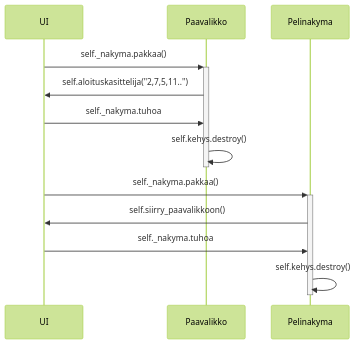
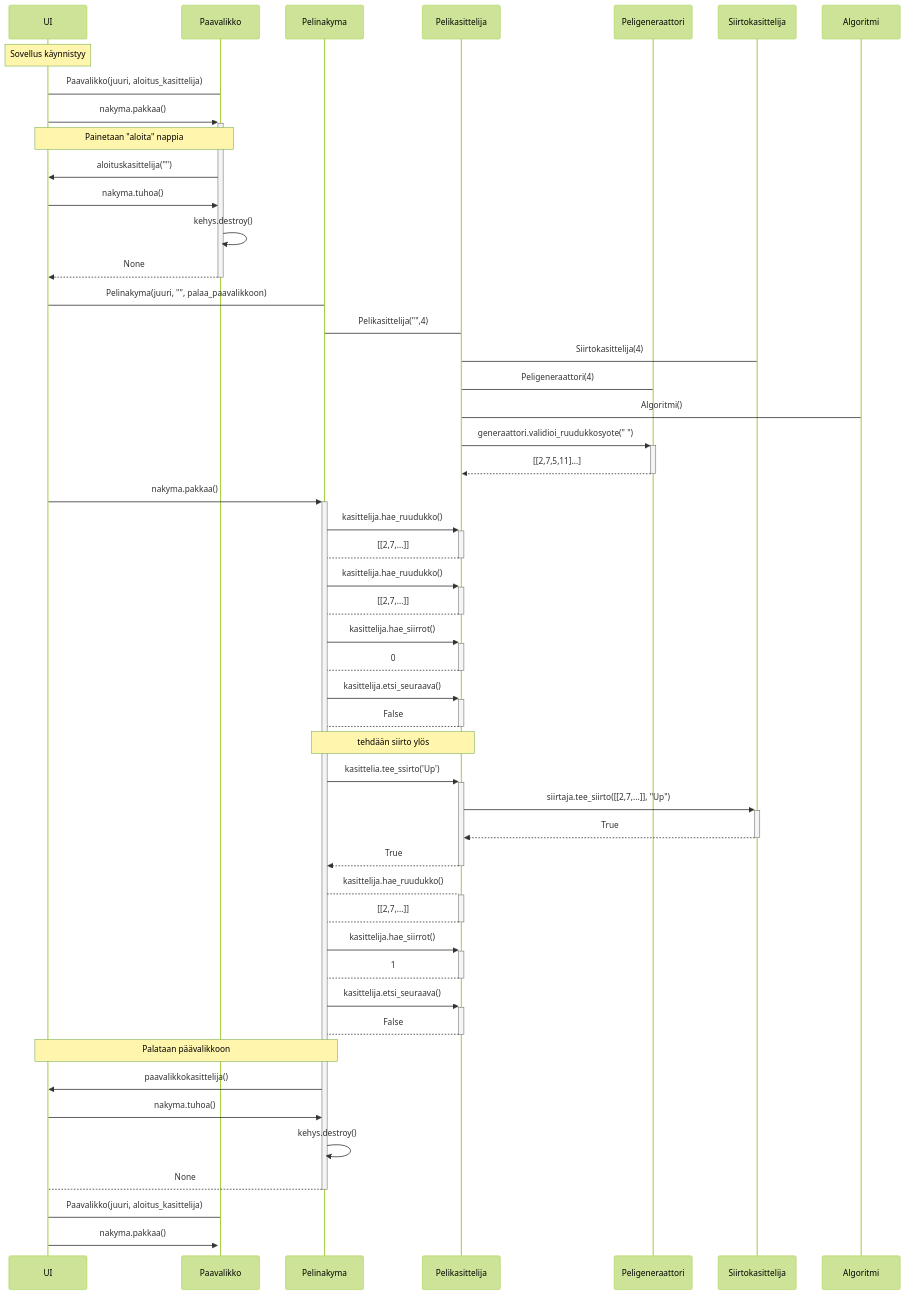
One commit to EliasTHelsinginYliopisto/15PelinRatkaisija changed the second of 4 diagrams in Dokumentaatio/Toteutusdokumentti.md. Above: the diagram before and after it, drawn with Mermaid (forest theme). The commit also changed other lines of this file and 7 other files, not shown here.

````diff
--- a/Dokumentaatio/Toteutusdokumentti.md
+++ b/Dokumentaatio/Toteutusdokumentti.md
@@ -29,14 +33,50 @@
 ```mermaid
 sequenceDiagram 
     participant UI
     participant Paavalikko
     participant Pelinakyma
-    UI->>+Paavalikko: self._nakyma.pakkaa()
-    Paavalikko->>UI: self.aloituskasittelija("2,7,5,11..")
-    UI ->> Paavalikko: self._nakyma.tuhoa
-    Paavalikko ->>- Paavalikko: self.kehys.destroy()
-    UI ->>+ Pelinakyma: self._nakyma.pakkaa()
-    Pelinakyma ->> UI: self.siirry_paavalikkoon()
-    UI ->> Pelinakyma: self._nakyma.tuhoa
-    Pelinakyma ->>- Pelinakyma: self.kehys.destroy()
+    participant Pelikasittelija
+    participant Peligeneraattori
+    note over UI: Sovellus käynnistyy
+    UI->Paavalikko: Paavalikko(juuri, aloitus_kasittelija)
+    UI->>+Paavalikko: nakyma.pakkaa()
+    note over Paavalikko,UI: Painetaan "aloita" nappia
+    Paavalikko->>UI: aloituskasittelija("")
+    UI ->> Paavalikko: nakyma.tuhoa()
+    Paavalikko ->> Paavalikko: kehys.destroy()
+    Paavalikko -->>- UI: None
+    UI -> Pelinakyma: Pelinakyma(juuri, "", palaa_paavalikkoon)
+    Pelinakyma -> Pelikasittelija: Pelikasittelija("",4)
+    Pelikasittelija -> Siirtokasittelija: Siirtokasittelija(4)
+    Pelikasittelija -> Peligeneraattori: Peligeneraattori(4)
+    Pelikasittelija -> Algoritmi: Algoritmi()
+    Pelikasittelija ->>+ Peligeneraattori: generaattori.validioi_ruudukkosyote(" ")
+    Peligeneraattori -->>- Pelikasittelija: [[2,7,5,11]...]
+    UI ->>+ Pelinakyma: nakyma.pakkaa()
+    Pelinakyma ->>+ Pelikasittelija: kasittelija.hae_ruudukko()
+    Pelikasittelija -->- Pelinakyma: [[2,7,...]]
+    Pelinakyma ->>+ Pelikasittelija: kasittelija.hae_ruudukko()
+    Pelikasittelija -->- Pelinakyma: [[2,7,...]]    
+    Pelinakyma ->>+ Pelikasittelija: kasittelija.hae_siirrot()
+    Pelikasittelija -->- Pelinakyma: 0
+    Pelinakyma ->>+ Pelikasittelija: kasittelija.etsi_seuraava()
+    Pelikasittelija -->- Pelinakyma: False
+    note over Pelinakyma,Pelikasittelija: tehdään siirto ylös
+    Pelinakyma ->>+ Pelikasittelija: kasittelia.tee_ssirto('Up')
+    Pelikasittelija ->>+ Siirtokasittelija: siirtaja.tee_siirto([[2,7,...]], "Up")
+    Siirtokasittelija -->>- Pelikasittelija: True
+    Pelikasittelija -->>- Pelinakyma: True
+    Pelinakyma -->+ Pelikasittelija: kasittelija.hae_ruudukko()
+    Pelikasittelija -->- Pelinakyma: [[2,7,...]]    
+    Pelinakyma ->>+ Pelikasittelija: kasittelija.hae_siirrot()
+    Pelikasittelija -->- Pelinakyma: 1
+    Pelinakyma ->>+ Pelikasittelija: kasittelija.etsi_seuraava()
+    Pelikasittelija -->- Pelinakyma: False
+    note over Pelinakyma,UI: Palataan päävalikkoon
+    Pelinakyma ->> UI: paavalikkokasittelija()
+    UI ->> Pelinakyma: nakyma.tuhoa()
+    Pelinakyma ->> Pelinakyma: kehys.destroy()
+    Pelinakyma -->- UI: None
+    UI->Paavalikko: Paavalikko(juuri, aloitus_kasittelija)
+    UI->>+Paavalikko: nakyma.pakkaa()
 ```
````
